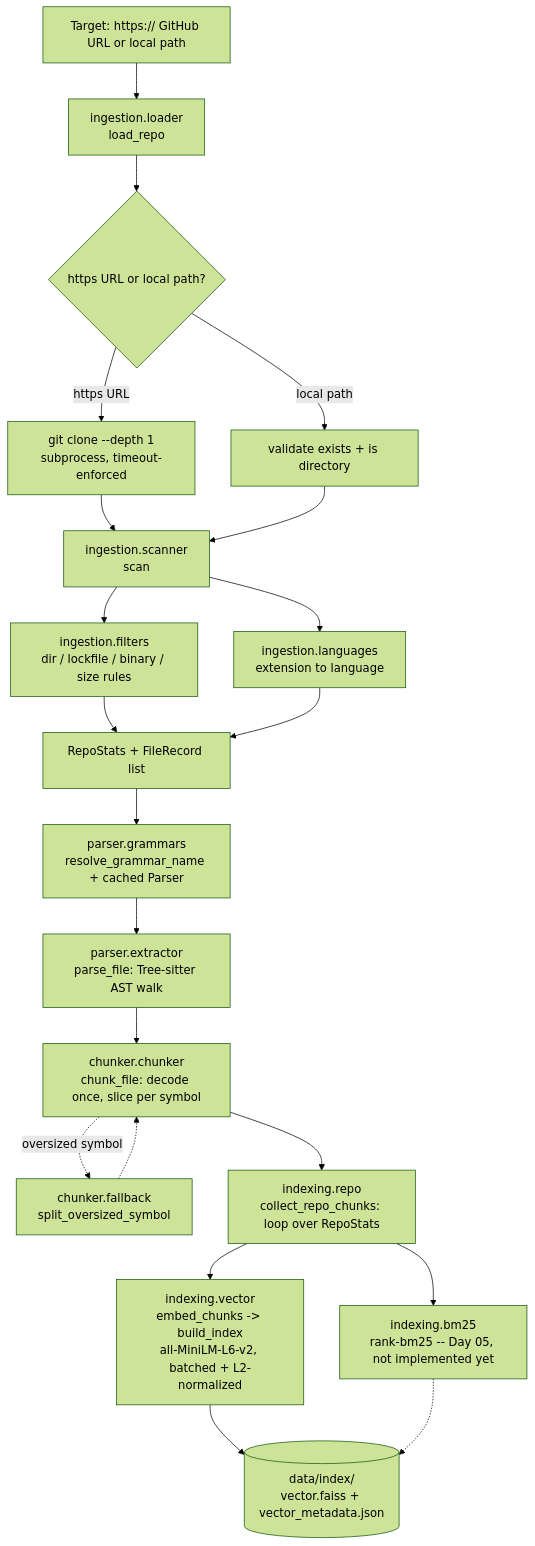
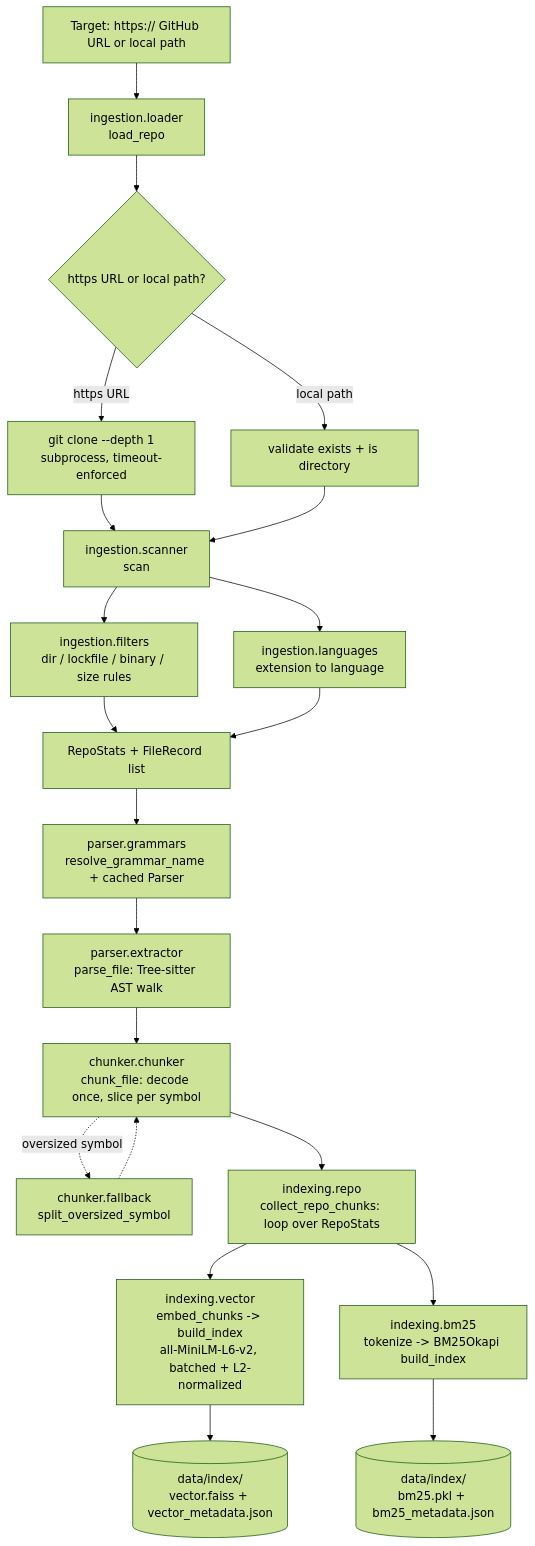
Before and after one commit to AyushShanu/CodeBase-MCP-Server: the second of 4 diagrams in FLOW.md, drawn with Mermaid (forest theme). The commit also changed other lines of this file and 16 other files, not shown here.

````diff
--- a/FLOW.md
+++ b/FLOW.md
@@ -109,23 +120,23 @@
 ```mermaid
 flowchart TD
     A[Target: https:// GitHub URL or local path] --> B1[ingestion.loader<br/>load_repo]
     B1 --> B2{https URL or local path?}
     B2 -->|https URL| B3[git clone --depth 1<br/>subprocess, timeout-enforced]
     B2 -->|local path| B4[validate exists + is directory]
     B3 --> B5[ingestion.scanner<br/>scan]
     B4 --> B5
     B5 --> B6[ingestion.filters<br/>dir / lockfile / binary / size rules]
     B5 --> B7[ingestion.languages<br/>extension to language]
     B6 --> B8[RepoStats + FileRecord list]
     B7 --> B8
     B8 --> C1[parser.grammars<br/>resolve_grammar_name + cached Parser]
     C1 --> C2[parser.extractor<br/>parse_file: Tree-sitter AST walk]
     C2 --> D1[chunker.chunker<br/>chunk_file: decode once, slice per symbol]
     D1 -.oversized symbol.-> D2[chunker.fallback<br/>split_oversized_symbol]
     D2 -.-> D1
     D1 --> D3[indexing.repo<br/>collect_repo_chunks: loop over RepoStats]
     D3 --> E[indexing.vector<br/>embed_chunks -> build_index<br/>all-MiniLM-L6-v2, batched + L2-normalized]
-    D3 --> F[indexing.bm25<br/>rank-bm25 -- Day 05, not implemented yet]
+    D3 --> F[indexing.bm25<br/>tokenize -> BM25Okapi build_index]
     E --> G[("data/index/<br/>vector.faiss + vector_metadata.json")]
-    F -.-> G
+    F --> H[("data/index/<br/>bm25.pkl + bm25_metadata.json")]
 ```
````
